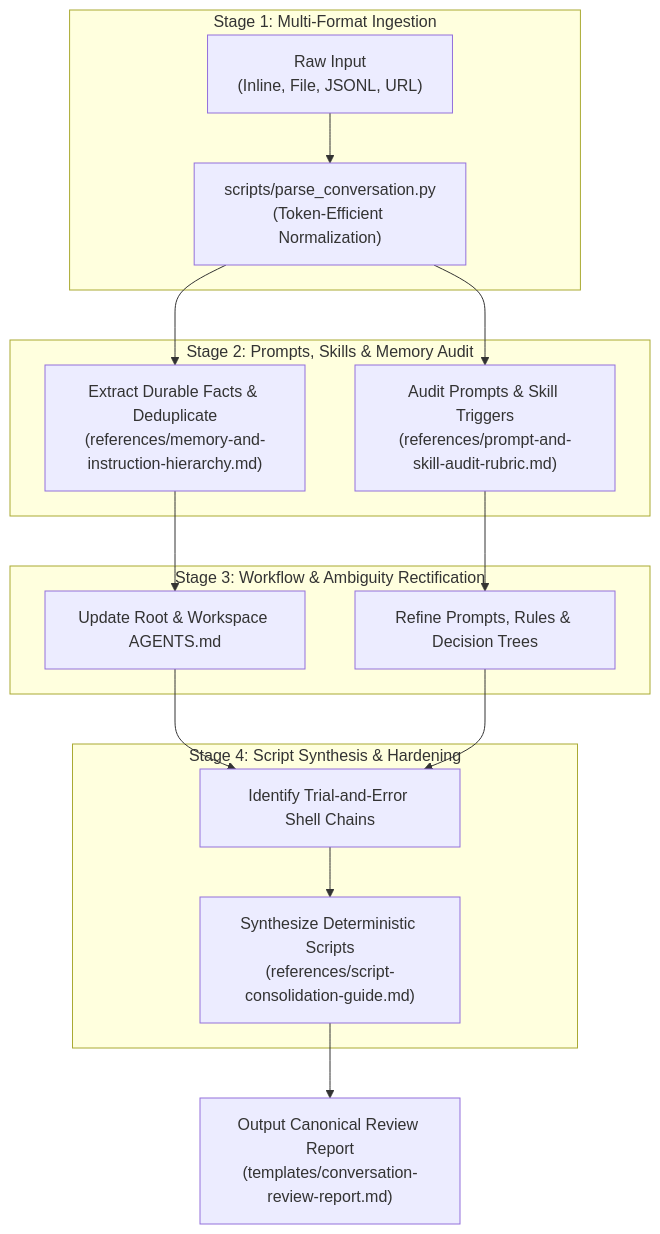
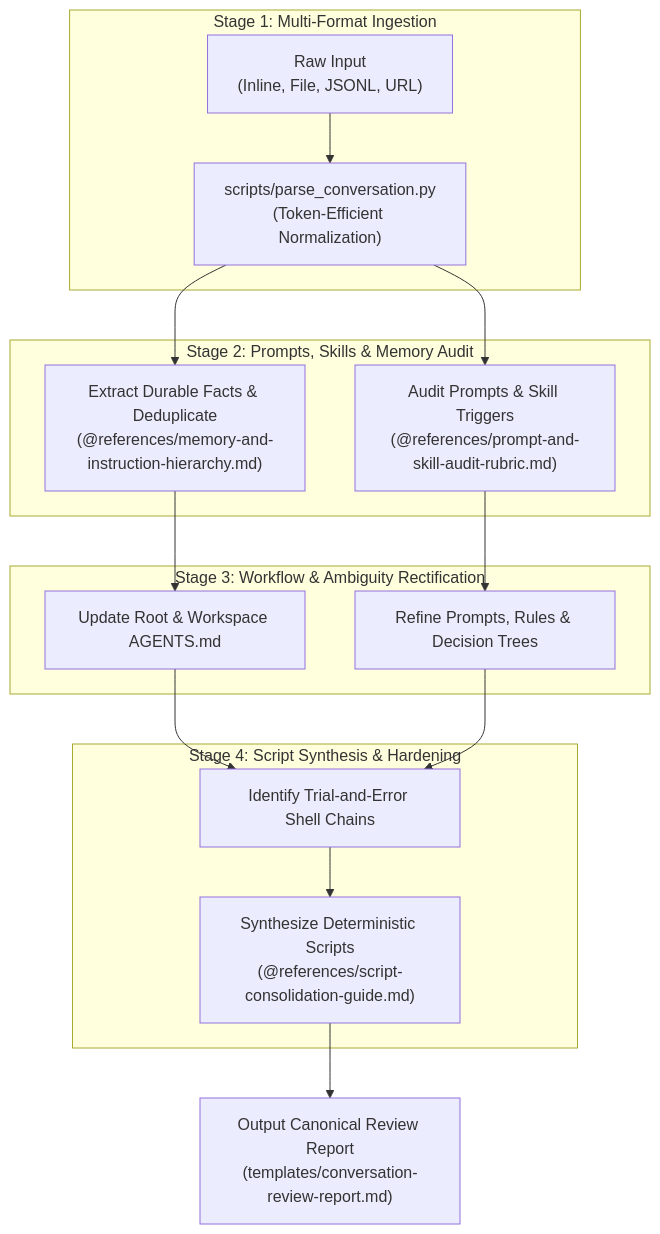
One commit to warpcode/dotfiles changed the first of 2 diagrams in .github/skills/ai-conversation-review/SKILL.md. Above: the diagram before and after it, drawn with Mermaid. The commit also changed other lines of this file and 25 other files, not shown here.

````diff
--- a/.github/skills/ai-conversation-review/SKILL.md
+++ b/.github/skills/ai-conversation-review/SKILL.md
@@ -34,24 +28,24 @@
 ```mermaid
 flowchart TD
     subgraph Ingestion["Stage 1: Multi-Format Ingestion"]
         A["Raw Input<br/>(Inline, File, JSONL, URL)"] --> B["scripts/parse_conversation.py<br/>(Token-Efficient Normalization)"]
     end
 
     subgraph Audit["Stage 2: Prompts, Skills & Memory Audit"]
-        B --> C["Extract Durable Facts & Deduplicate<br/>(references/memory-and-instruction-hierarchy.md)"]
-        B --> D["Audit Prompts & Skill Triggers<br/>(references/prompt-and-skill-audit-rubric.md)"]
+        B --> C["Extract Durable Facts & Deduplicate<br/>(@references/memory-and-instruction-hierarchy.md)"]
+        B --> D["Audit Prompts & Skill Triggers<br/>(@references/prompt-and-skill-audit-rubric.md)"]
     end
 
     subgraph Rectification["Stage 3: Workflow & Ambiguity Rectification"]
         C --> E["Update Root & Workspace AGENTS.md"]
         D --> F["Refine Prompts, Rules & Decision Trees"]
     end
 
     subgraph Consolidation["Stage 4: Script Synthesis & Hardening"]
         E --> G["Identify Trial-and-Error Shell Chains"]
         F --> G
-        G --> H["Synthesize Deterministic Scripts<br/>(references/script-consolidation-guide.md)"]
+        G --> H["Synthesize Deterministic Scripts<br/>(@references/script-consolidation-guide.md)"]
     end
 
     H --> Out["Output Canonical Review Report<br/>(templates/conversation-review-report.md)"]
 ```
````
